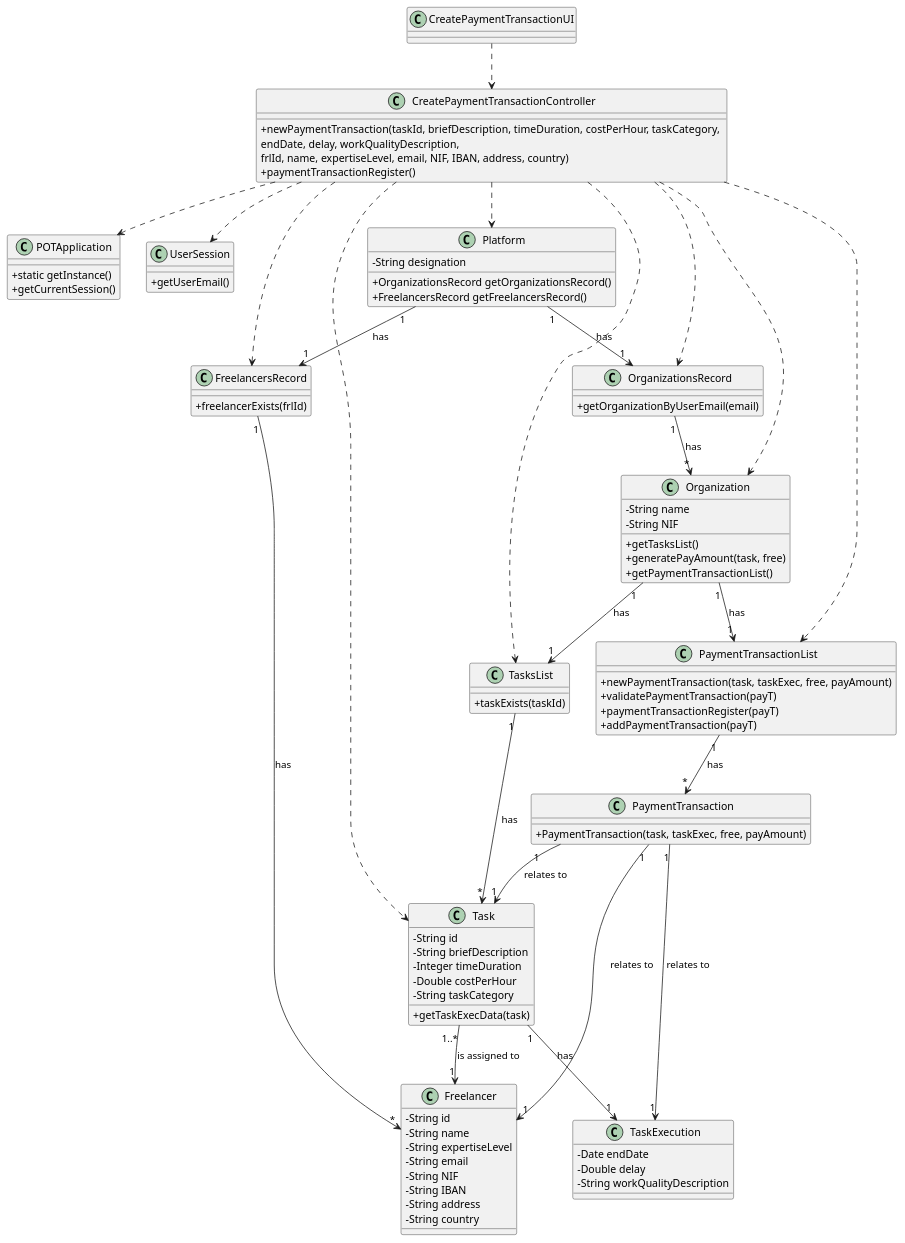
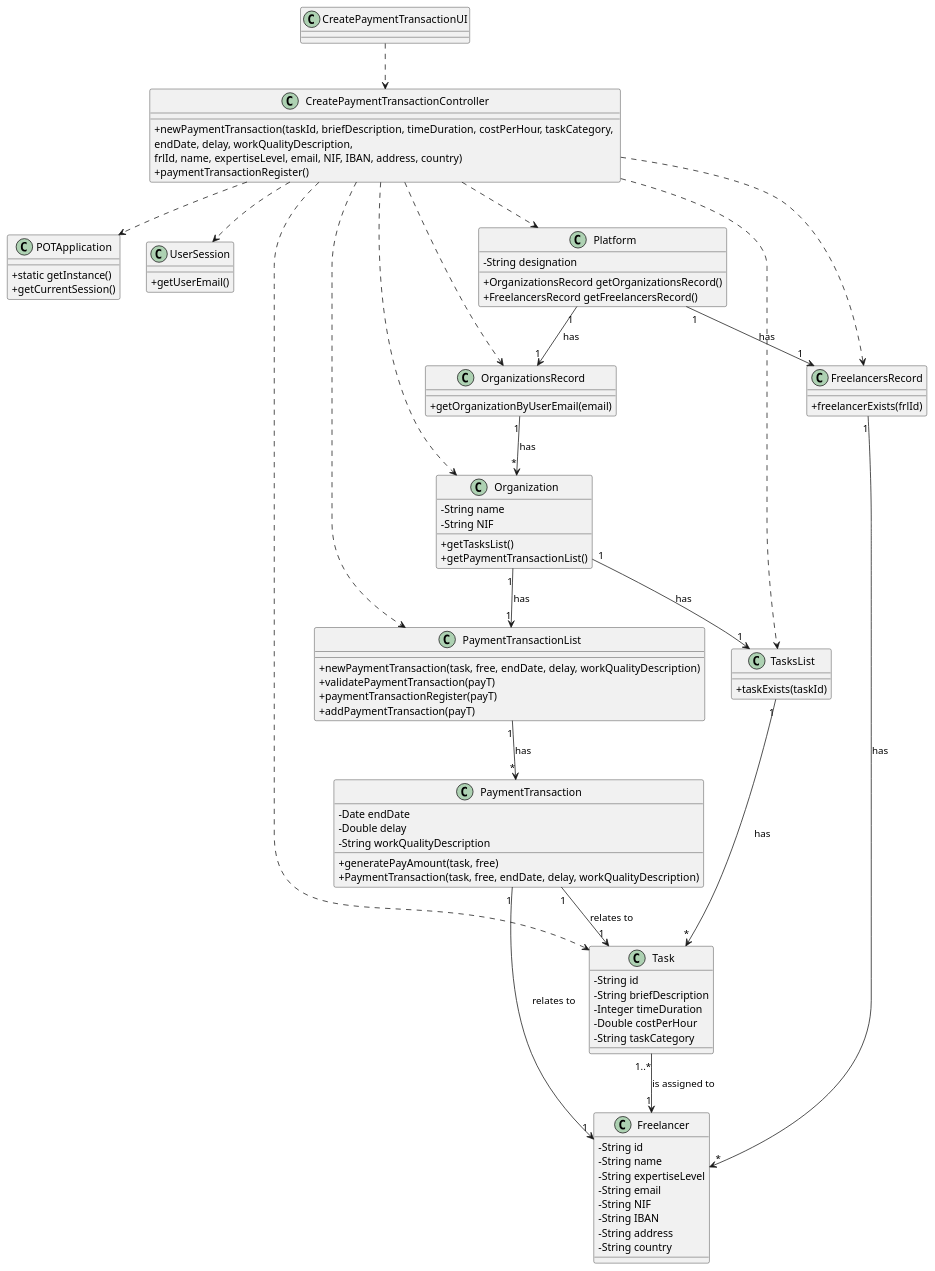
One commit to pedrolemos4/LAPR2 changed the diagram in docs/UC3 - Create Payment Transaction/UC3_CD.puml. Above: the diagram before and after it, drawn with PlantUML. The commit also changed 10 other files, not shown here.

```diff
--- a/docs/UC3 - Create Payment Transaction/UC3_CD.puml
+++ b/docs/UC3 - Create Payment Transaction/UC3_CD.puml
@@ -1,113 +1,107 @@
 @startuml
 skinparam classAttributeIconSize 0
 
 class POTApplication
 {
   +static getInstance()
   +getCurrentSession()
 }
 
 class UserSession
 {
   +getUserEmail()
 }
 
 class Task {
   -String id
   -String briefDescription
   -Integer timeDuration
   -Double costPerHour
   -String taskCategory
-  +getTaskExecData(task)
 }
 
 class Freelancer {
   -String id
   -String name
   -String expertiseLevel
   -String email
   -String NIF
   -String IBAN
   -String address
   -String country
 }
 
 class Organization {
   -String name
   -String NIF
   +getTasksList()
-  +generatePayAmount(task, free)
   +getPaymentTransactionList()
   
 }
 
 class TasksList {
   +taskExists(taskId)
 }
 
 class Platform {
   -String designation
   +OrganizationsRecord getOrganizationsRecord()
   +FreelancersRecord getFreelancersRecord()
 }
 
 class FreelancersRecord {
   +freelancerExists(frlId)
 }
 
 class OrganizationsRecord  {
   +getOrganizationByUserEmail(email)
 }
 
 class CreatePaymentTransactionController {
   +newPaymentTransaction(taskId, briefDescription, timeDuration, costPerHour, taskCategory, \nendDate, delay, workQualityDescription, \nfrlId, name, expertiseLevel, email, NIF, IBAN, address, country)
   +paymentTransactionRegister()
 }
 
 class CreatePaymentTransactionUI {
 }
 
 class PaymentTransaction{
-  +PaymentTransaction(task, taskExec, free, payAmount)
-}
-
-class TaskExecution {
- -Date endDate
- -Double delay
- -String workQualityDescription
+  -Date endDate
+  -Double delay
+  -String workQualityDescription
+  +generatePayAmount(task, free)
+  +PaymentTransaction(task, free, endDate, delay, workQualityDescription)
 }
 
 class PaymentTransactionList{
-  +newPaymentTransaction(task, taskExec, free, payAmount)
+  +newPaymentTransaction(task, free, endDate, delay, workQualityDescription)
   +validatePaymentTransaction(payT)
   +paymentTransactionRegister(payT)
   +addPaymentTransaction(payT)
 }
 
 CreatePaymentTransactionUI ..> CreatePaymentTransactionController
 CreatePaymentTransactionController ..> Platform
 CreatePaymentTransactionController ..> Task
 CreatePaymentTransactionController ..> Organization
 CreatePaymentTransactionController ..> POTApplication
 CreatePaymentTransactionController ..> UserSession
 CreatePaymentTransactionController ..> TasksList
 CreatePaymentTransactionController ..> FreelancersRecord
 CreatePaymentTransactionController ..> OrganizationsRecord
 CreatePaymentTransactionController ..> PaymentTransactionList
 Platform "1" --> "1" FreelancersRecord : has
 Platform "1" --> "1" OrganizationsRecord : has
 
 FreelancersRecord "1" --> "*" Freelancer : has
 OrganizationsRecord "1" --> "*" Organization : has
 Organization "1" --> "1" TasksList : has
 Organization "1" --> "1" PaymentTransactionList : has
 PaymentTransactionList "1" --> "*" PaymentTransaction : has
 TasksList "1" --> "*" Task : has
-Task "1" --> "1" TaskExecution : has
 Task "1..*" --> "1" Freelancer : is assigned to
 
 PaymentTransaction "1" --> "1" Freelancer : relates to
 PaymentTransaction "1" --> "1" Task : relates to
-PaymentTransaction "1" --> "1" TaskExecution : relates to
 
 @enduml
```
